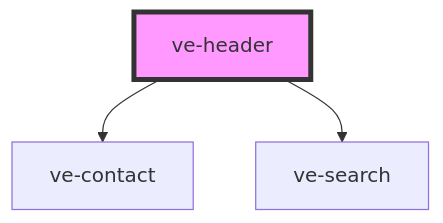
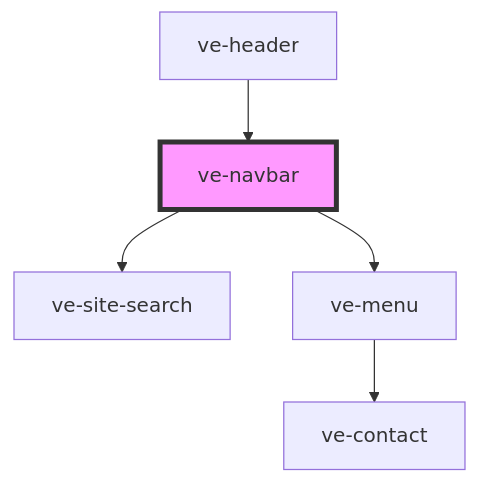
The diagram in src/components/ve-navbar/readme.md (visual-essays/web-components), drawn with Mermaid before and after one commit. The commit also changed other lines of this file and 10 other files, not shown here.

````diff
--- a/src/components/ve-navbar/readme.md
+++ b/src/components/ve-navbar/readme.md
@@ -34,6 +36,8 @@
 ```mermaid
 graph TD;
-  ve-header --> ve-contact
-  ve-header --> ve-search
-  style ve-header fill:#f9f,stroke:#333,stroke-width:4px
+  ve-navbar --> ve-site-search
+  ve-navbar --> ve-menu
+  ve-menu --> ve-contact
+  ve-header --> ve-navbar
+  style ve-navbar fill:#f9f,stroke:#333,stroke-width:4px
 ```
````
